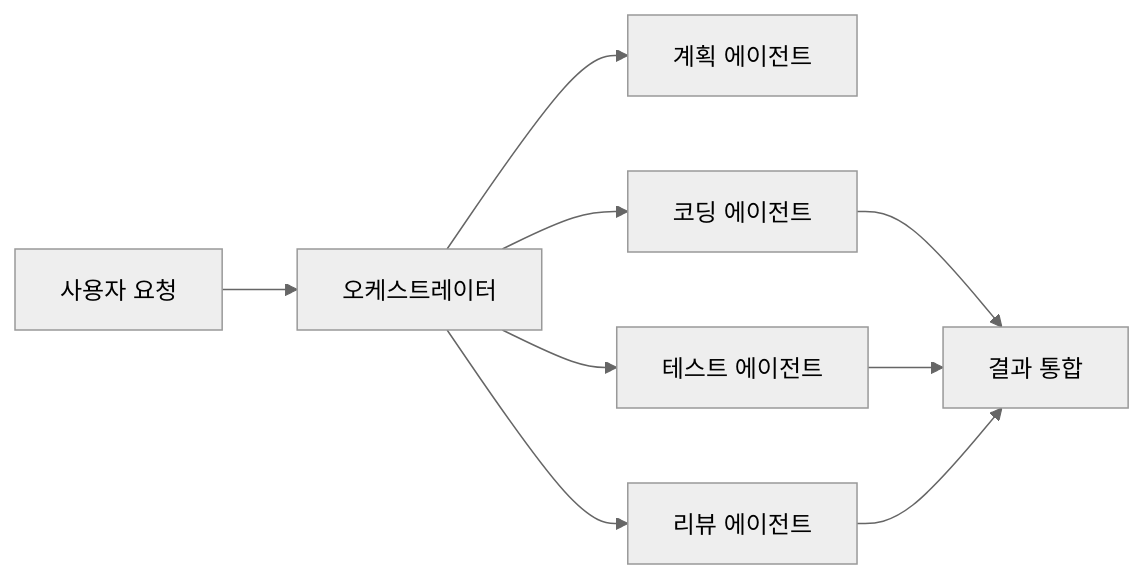
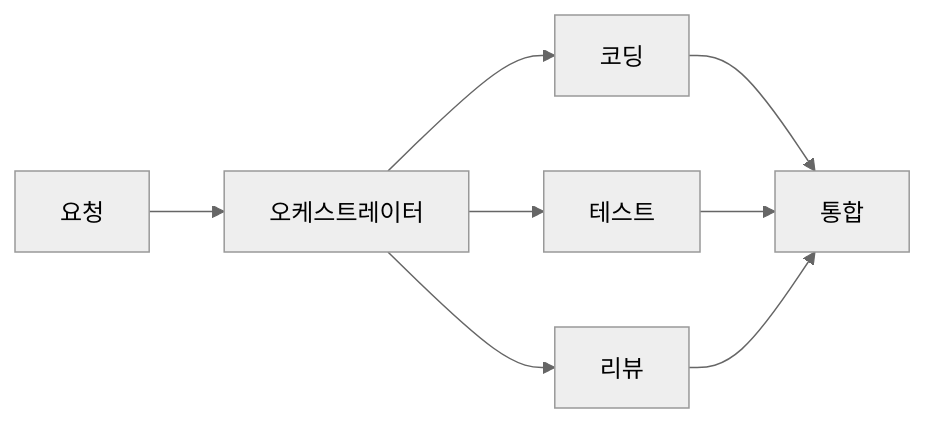
The second of 2 diagrams in _posts/ai/2026-05-03-llm-application-architecture.md (yjkim2015/yjkim2015.github.io), drawn with Mermaid (neutral theme) before and after one commit. The commit also changed other lines of this file and 163 other files, not shown here.

First line of the commit message:
Mermaid 300개 블록 내용 축소: 5노드 5엣지 이하, 의미 있는 약어

````diff
--- a/_posts/ai/2026-05-03-llm-application-architecture.md
+++ b/_posts/ai/2026-05-03-llm-application-architecture.md
@@ -395,11 +392,8 @@
 ```mermaid
 graph LR
-    USER["사용자 요청"] --> ORC["오케스트레이터"]
-    ORC --> PLAN["계획 에이전트"]
-    ORC --> CODE["코딩 에이전트"]
-    ORC --> TEST["테스트 에이전트"]
-    ORC --> REV["리뷰 에이전트"]
-    CODE --> RESULT["결과 통합"]
-    TEST --> RESULT
-    REV --> RESULT
+    USER["요청"] --> ORC["오케스트레이터"]
+    ORC --> CODE["코딩"]
+    ORC --> TEST["테스트"]
+    ORC --> REV["리뷰"]
+    CODE & TEST & REV --> RESULT["통합"]
 ```
````
